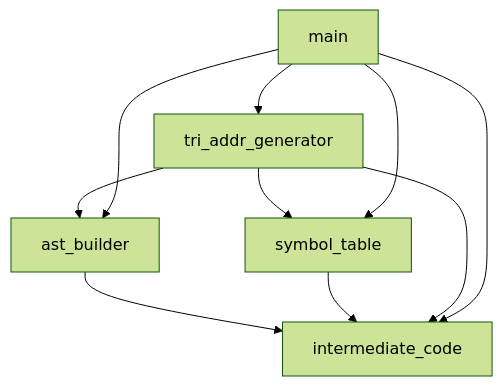
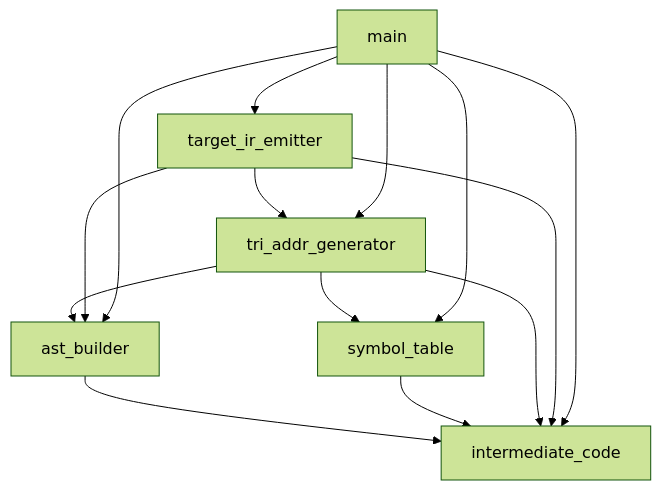
Before and after one commit to prestige12138/seuCompiler: the diagram in intermediate/docs/DEPENDENCY_GRAPH.md, drawn with Mermaid (forest theme). The commit also changed 97 other files, not shown here.

````diff
--- a/intermediate/docs/DEPENDENCY_GRAPH.md
+++ b/intermediate/docs/DEPENDENCY_GRAPH.md
@@ -3,12 +3,16 @@
 ```mermaid
 graph TD
   A[ast_builder] --> B[intermediate_code]
   C[symbol_table] --> B
   D[tri_addr_generator] --> A
   D --> B
   D --> C
-  E[main] --> A
+  E[target_ir_emitter] --> A
   E --> B
-  E --> C
   E --> D
+  F[main] --> A
+  F --> B
+  F --> C
+  F --> D
+  F --> E
 ```
````
